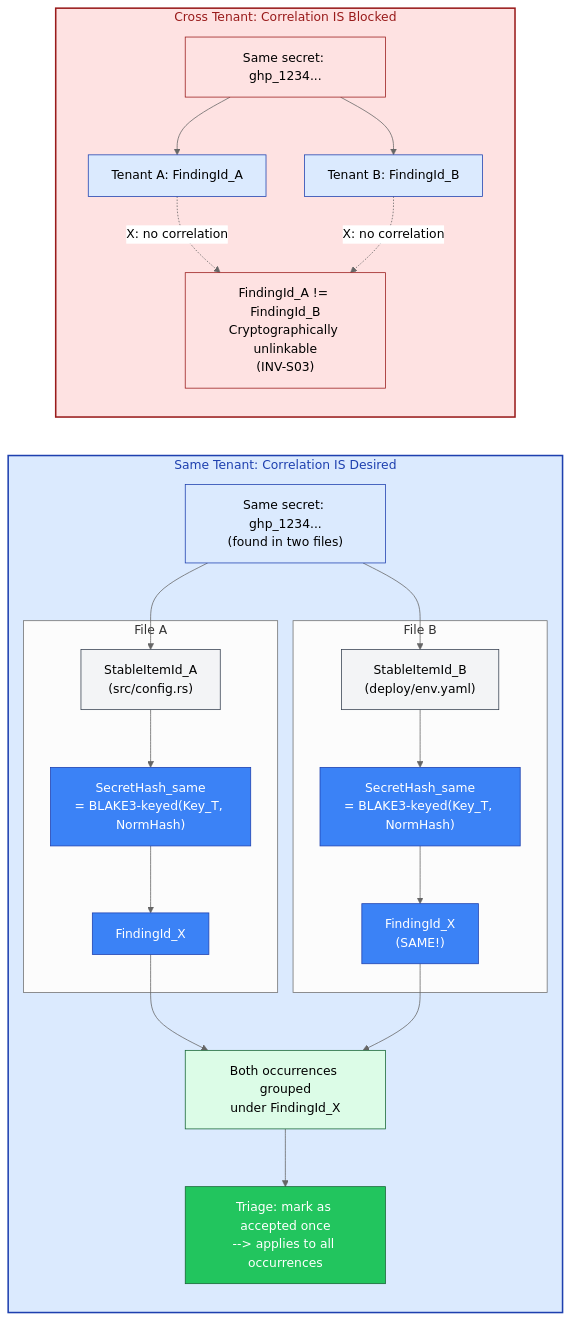
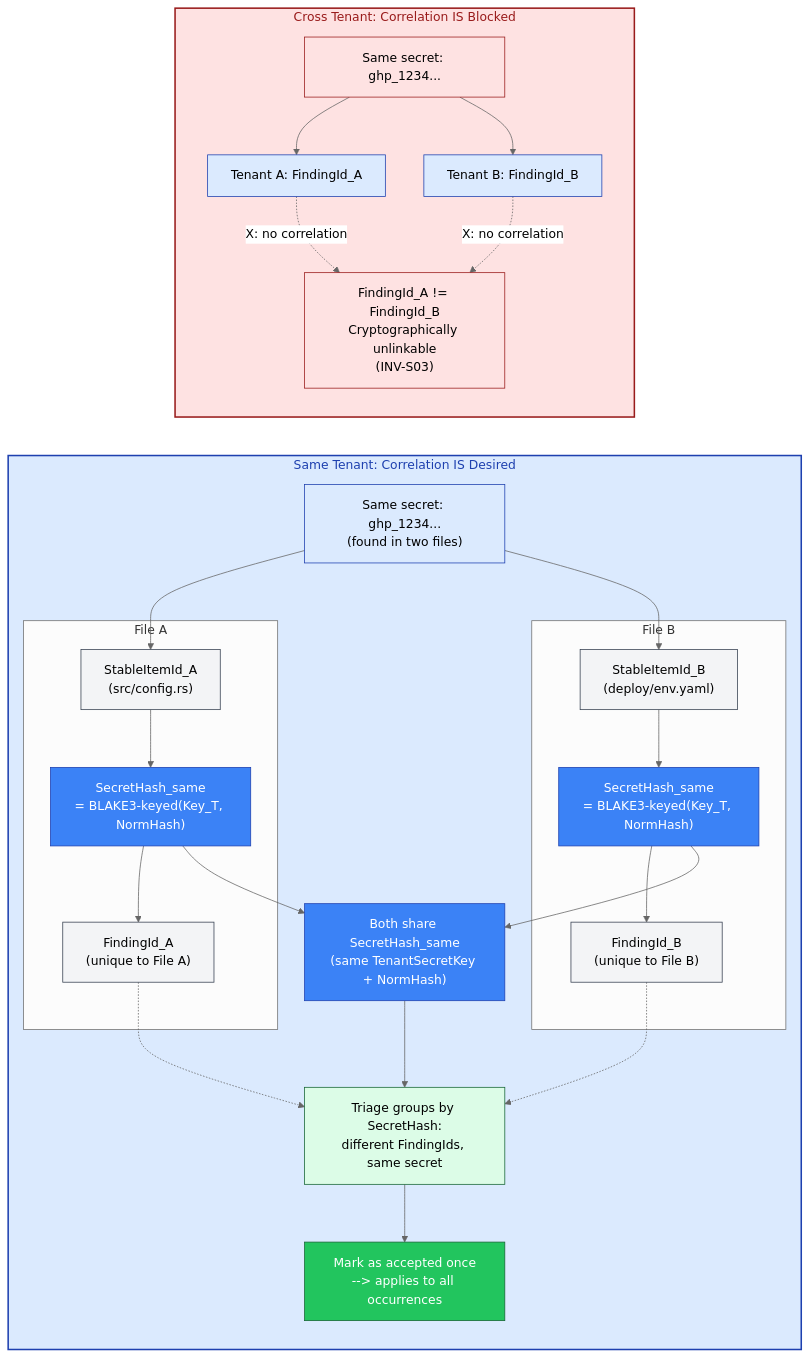
The fifth of 5 diagrams in diagrams/11-tenant-isolation.md (ahrav/Gossip-rs), drawn with Mermaid (neutral theme) before and after one commit. The commit also changed other lines of this file and 11 other files, not shown here.

````diff
--- a/diagrams/11-tenant-isolation.md
+++ b/diagrams/11-tenant-isolation.md
@@ -375,63 +378,68 @@
 ```mermaid
 %% Diagram: same-tenant-correlation
 graph LR
     subgraph SameTenant ["Same Tenant: Correlation IS Desired"]
         SECRET_SAME["Same secret: ghp_1234...<br/>(found in two files)"]
 
         subgraph FileAPath ["File A"]
             SIA["StableItemId_A<br/>(src/config.rs)"]
             SHA_SAME["SecretHash_same<br/>= BLAKE3-keyed(Key_T, NormHash)"]
-            FIDA_SAME["FindingId_X"]
+            FIDA_SAME["FindingId_A<br/>(unique to File A)"]
         end
 
         subgraph FileBPath ["File B"]
             SIB["StableItemId_B<br/>(deploy/env.yaml)"]
             SHB_SAME["SecretHash_same<br/>= BLAKE3-keyed(Key_T, NormHash)"]
-            FIDB_SAME["FindingId_X<br/>(SAME!)"]
+            FIDB_SAME["FindingId_B<br/>(unique to File B)"]
         end
 
-        GROUP["Both occurrences grouped<br/>under FindingId_X"]
-        TRIAGE["Triage: mark as accepted once<br/>--> applies to all occurrences"]
+        SHARED_HASH["Both share SecretHash_same<br/>(same TenantSecretKey + NormHash)"]
+        GROUP["Triage groups by SecretHash:<br/>different FindingIds, same secret"]
+        TRIAGE["Mark as accepted once<br/>--> applies to all occurrences"]
 
         SECRET_SAME --> SIA
         SECRET_SAME --> SIB
         SIA --> SHA_SAME
         SIB --> SHB_SAME
         SHA_SAME --> FIDA_SAME
         SHB_SAME --> FIDB_SAME
-        FIDA_SAME --> GROUP
-        FIDB_SAME --> GROUP
+        SHA_SAME --> SHARED_HASH
+        SHB_SAME --> SHARED_HASH
+        SHARED_HASH --> GROUP
+        FIDA_SAME -.-> GROUP
+        FIDB_SAME -.-> GROUP
         GROUP --> TRIAGE
     end
 
     subgraph CrossTenant ["Cross Tenant: Correlation IS Blocked"]
         SECRET_CROSS["Same secret: ghp_1234..."]
 
         TA_FID["Tenant A: FindingId_A"]
         TB_FID["Tenant B: FindingId_B"]
         UNLINK["FindingId_A != FindingId_B<br/>Cryptographically unlinkable<br/>(INV-S03)"]
 
         SECRET_CROSS --> TA_FID
         SECRET_CROSS --> TB_FID
         TA_FID -.->|"X: no correlation"| UNLINK
         TB_FID -.->|"X: no correlation"| UNLINK
     end
 
     style SECRET_SAME fill:#DBEAFE,stroke:#1E40AF,color:#000
     style SIA fill:#F3F4F6,stroke:#374151,color:#000
     style SIB fill:#F3F4F6,stroke:#374151,color:#000
     style SHA_SAME fill:#3B82F6,stroke:#1E40AF,color:#FFF
     style SHB_SAME fill:#3B82F6,stroke:#1E40AF,color:#FFF
-    style FIDA_SAME fill:#3B82F6,stroke:#1E40AF,color:#FFF
-    style FIDB_SAME fill:#3B82F6,stroke:#1E40AF,color:#FFF
+    style FIDA_SAME fill:#F3F4F6,stroke:#374151,color:#000
+    style FIDB_SAME fill:#F3F4F6,stroke:#374151,color:#000
+    style SHARED_HASH fill:#3B82F6,stroke:#1E40AF,color:#FFF
     style GROUP fill:#DCFCE7,stroke:#166534,color:#000
     style TRIAGE fill:#22C55E,stroke:#166534,color:#FFF
 
     style SECRET_CROSS fill:#FEE2E2,stroke:#991B1B,color:#000
     style TA_FID fill:#DBEAFE,stroke:#1E40AF,color:#000
     style TB_FID fill:#DBEAFE,stroke:#1E40AF,color:#000
     style UNLINK fill:#FEE2E2,stroke:#991B1B,color:#000
 
     style SameTenant fill:#DBEAFE,stroke:#1E40AF,stroke-width:2px,color:#1E40AF
     style CrossTenant fill:#FEE2E2,stroke:#991B1B,stroke-width:2px,color:#991B1B
 ```
````
